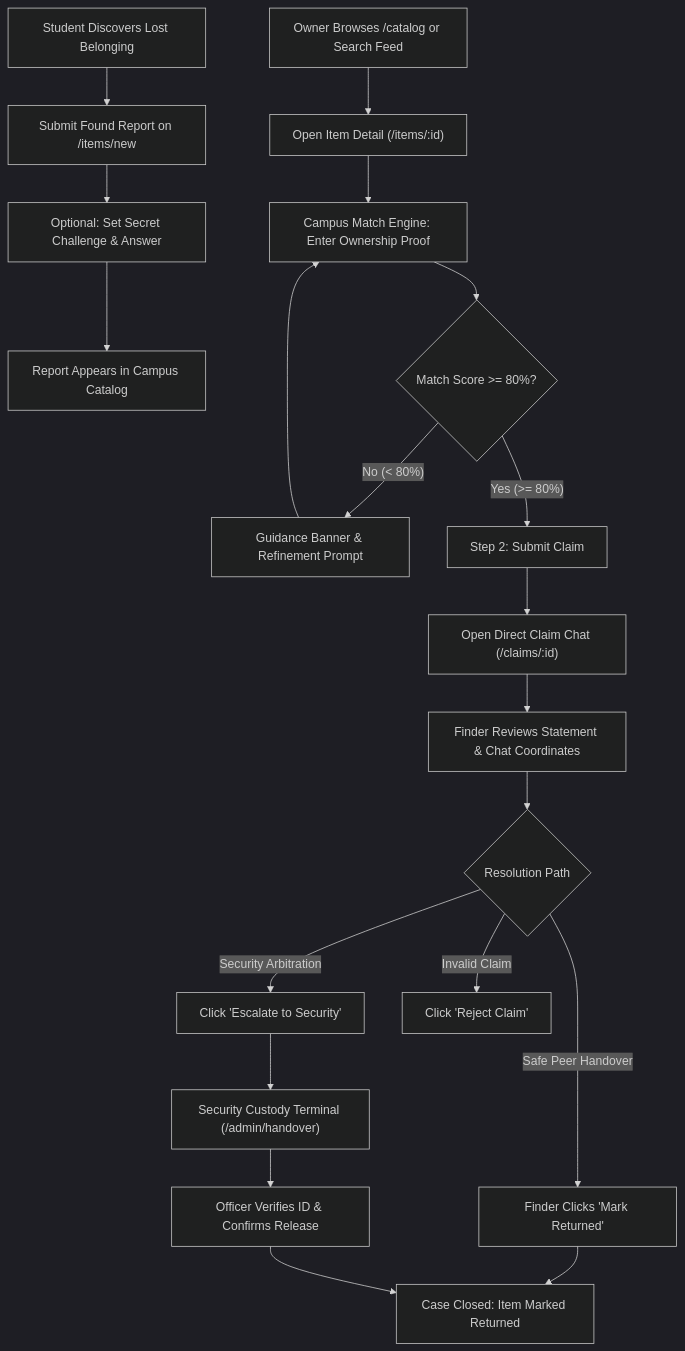
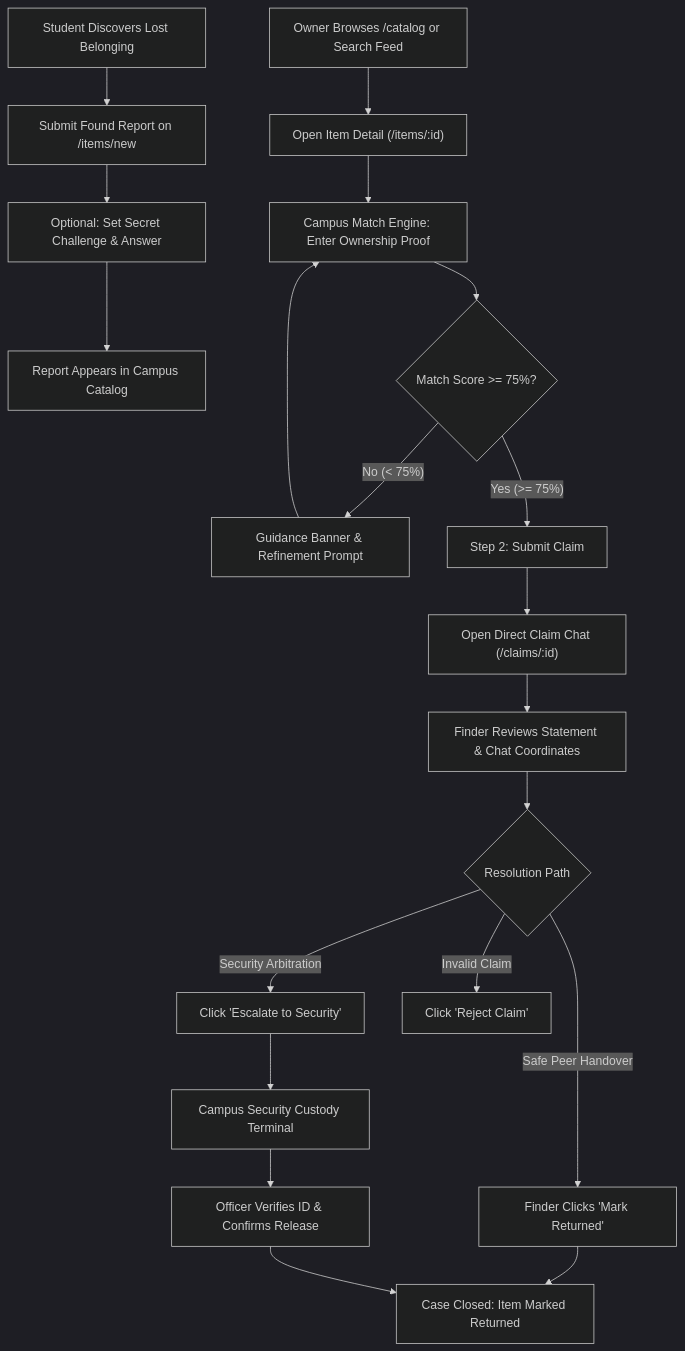
Before and after one commit to veirubyte/projecthanap_ptappdev: the second of 3 diagrams in README.md, drawn with Mermaid (dark theme). The commit also changed other lines of this file and 14 other files, not shown here.

Commit message:
fix(security): remove exposed credentials, universal OTP bypass, and harden admin/db security

````diff
--- a/README.md
+++ b/README.md
@@ -178,22 +169,22 @@
 ```mermaid
 flowchart TD
     A["Student Discovers Lost Belonging"] --> B["Submit Found Report on /items/new"]
     B --> C["Optional: Set Secret Challenge & Answer"]
     C --> D["Report Appears in Campus Catalog"]
     E["Owner Browses /catalog or Search Feed"] --> F["Open Item Detail (/items/:id)"]
     F --> G["Campus Match Engine: Enter Ownership Proof"]
-    G --> H{"Match Score >= 80%?"}
-    H -- "No (< 80%)" --> I["Guidance Banner & Refinement Prompt"]
+    G --> H{"Match Score >= 75%?"}
+    H -- "No (< 75%)" --> I["Guidance Banner & Refinement Prompt"]
     I --> G
-    H -- "Yes (>= 80%)" --> J["Step 2: Submit Claim"]
+    H -- "Yes (>= 75%)" --> J["Step 2: Submit Claim"]
     J --> K["Open Direct Claim Chat (/claims/:id)"]
     K --> L["Finder Reviews Statement & Chat Coordinates"]
     L --> M{"Resolution Path"}
     M -- "Safe Peer Handover" --> N["Finder Clicks 'Mark Returned'"]
     M -- "Security Arbitration" --> O["Click 'Escalate to Security'"]
     M -- "Invalid Claim" --> P["Click 'Reject Claim'"]
-    O --> Q["Security Custody Terminal (/admin/handover)"]
+    O --> Q["Campus Security Custody Terminal"]
     Q --> R["Officer Verifies ID & Confirms Release"]
     N --> S["Case Closed: Item Marked Returned"]
     R --> S
 ```
````
